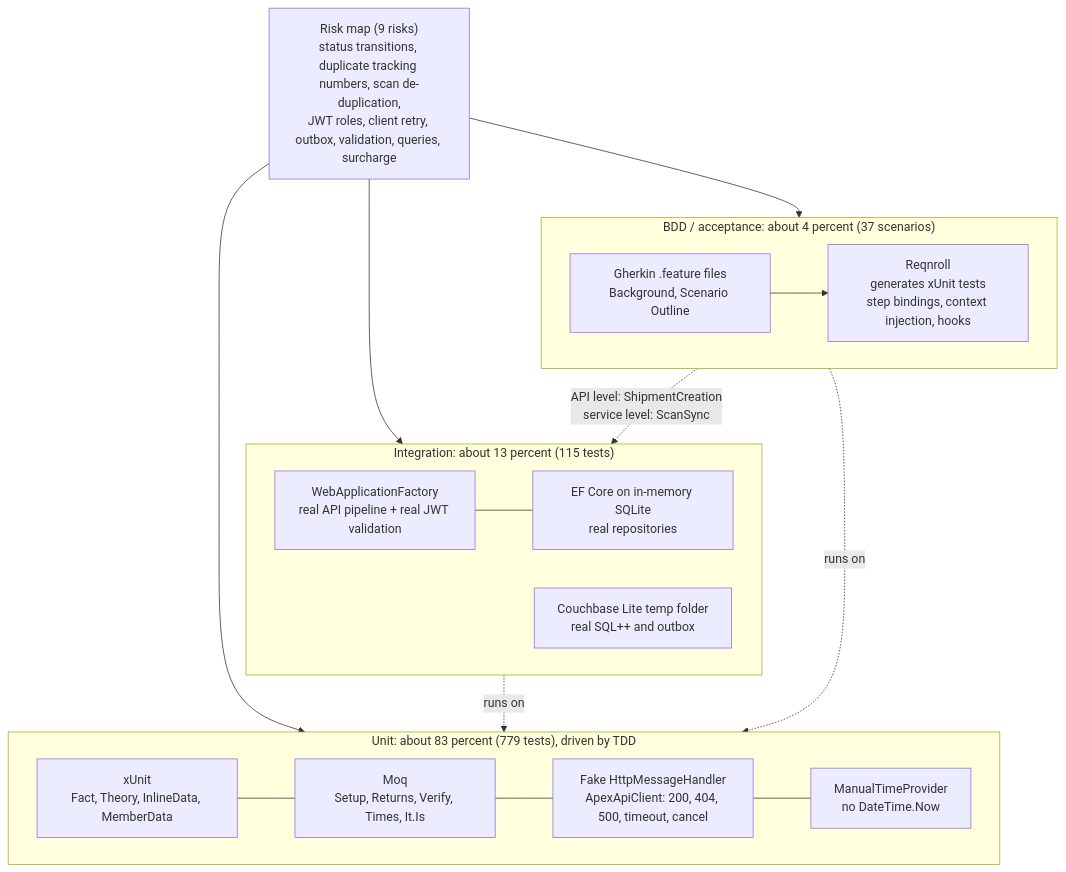
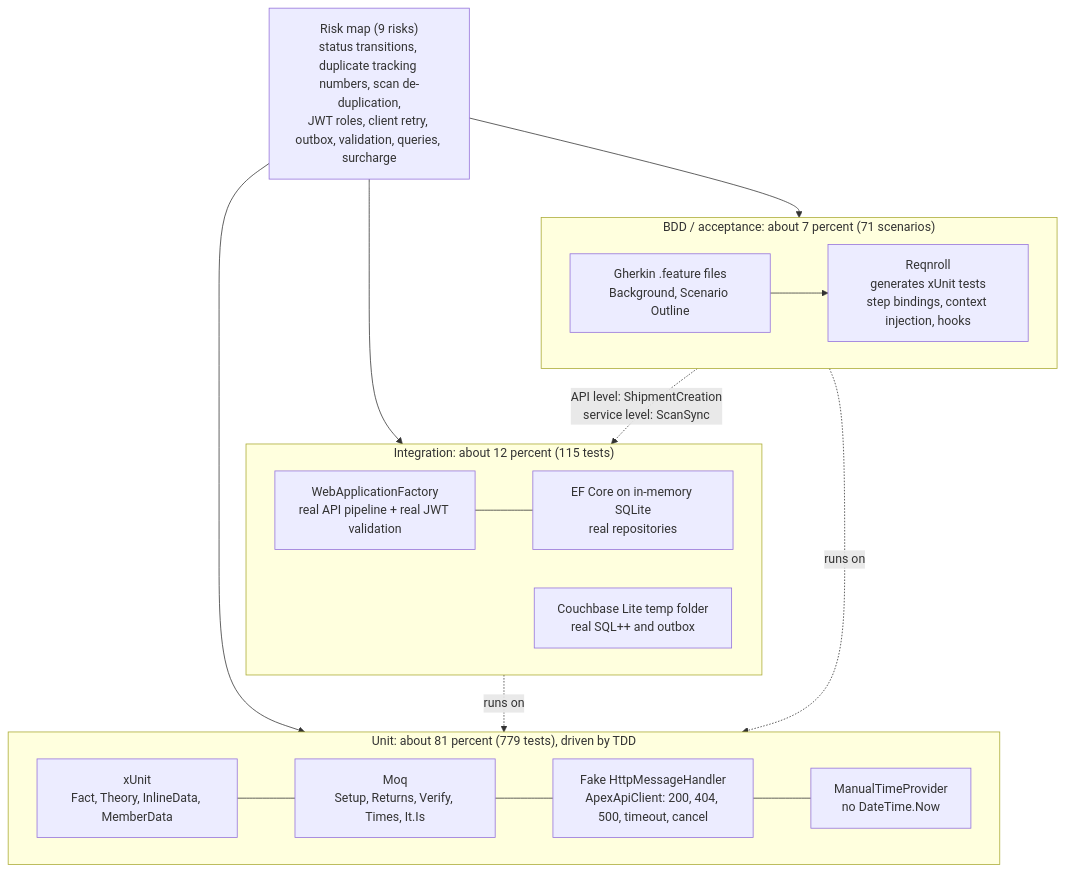
One commit to divyanshipandey-git/ApexPostRepo changed the first of 4 diagrams in docs/TESTING-DIAGRAMS.md. Above: the diagram before and after it, drawn with Mermaid. The commit also changed 7 other files, not shown here.

````diff
--- a/docs/TESTING-DIAGRAMS.md
+++ b/docs/TESTING-DIAGRAMS.md
@@ -7,29 +7,29 @@
 ```mermaid
 flowchart TB
     R["Risk map (9 risks)<br/>status transitions, duplicate tracking numbers, scan de-duplication,<br/>JWT roles, client retry, outbox, validation, queries, surcharge"]
 
-    subgraph BDD["BDD / acceptance: about 4 percent (37 scenarios)"]
+    subgraph BDD["BDD / acceptance: about 7 percent (71 scenarios)"]
         direction LR
         F["Gherkin .feature files<br/>Background, Scenario Outline"] --> RQ["Reqnroll<br/>generates xUnit tests<br/>step bindings, context injection, hooks"]
     end
 
-    subgraph INT["Integration: about 13 percent (115 tests)"]
+    subgraph INT["Integration: about 12 percent (115 tests)"]
         direction LR
         WAF["WebApplicationFactory<br/>real API pipeline + real JWT validation"] --- SQ["EF Core on in-memory SQLite<br/>real repositories"]
         CB["Couchbase Lite temp folder<br/>real SQL++ and outbox"]
     end
 
-    subgraph UNIT["Unit: about 83 percent (779 tests), driven by TDD"]
+    subgraph UNIT["Unit: about 81 percent (779 tests), driven by TDD"]
         direction LR
         X["xUnit<br/>Fact, Theory, InlineData, MemberData"] --- M["Moq<br/>Setup, Returns, Verify, Times, It.Is"]
         M --- H["Fake HttpMessageHandler<br/>ApexApiClient: 200, 404, 500, timeout, cancel"]
         H --- T["ManualTimeProvider<br/>no DateTime.Now"]
     end
 
     R --> BDD
     R --> INT
     R --> UNIT
     BDD -. "API level: ShipmentCreation<br/>service level: ScanSync" .-> INT
     INT -. "runs on" .-> X
     BDD -. "runs on" .-> X
 ```
````
